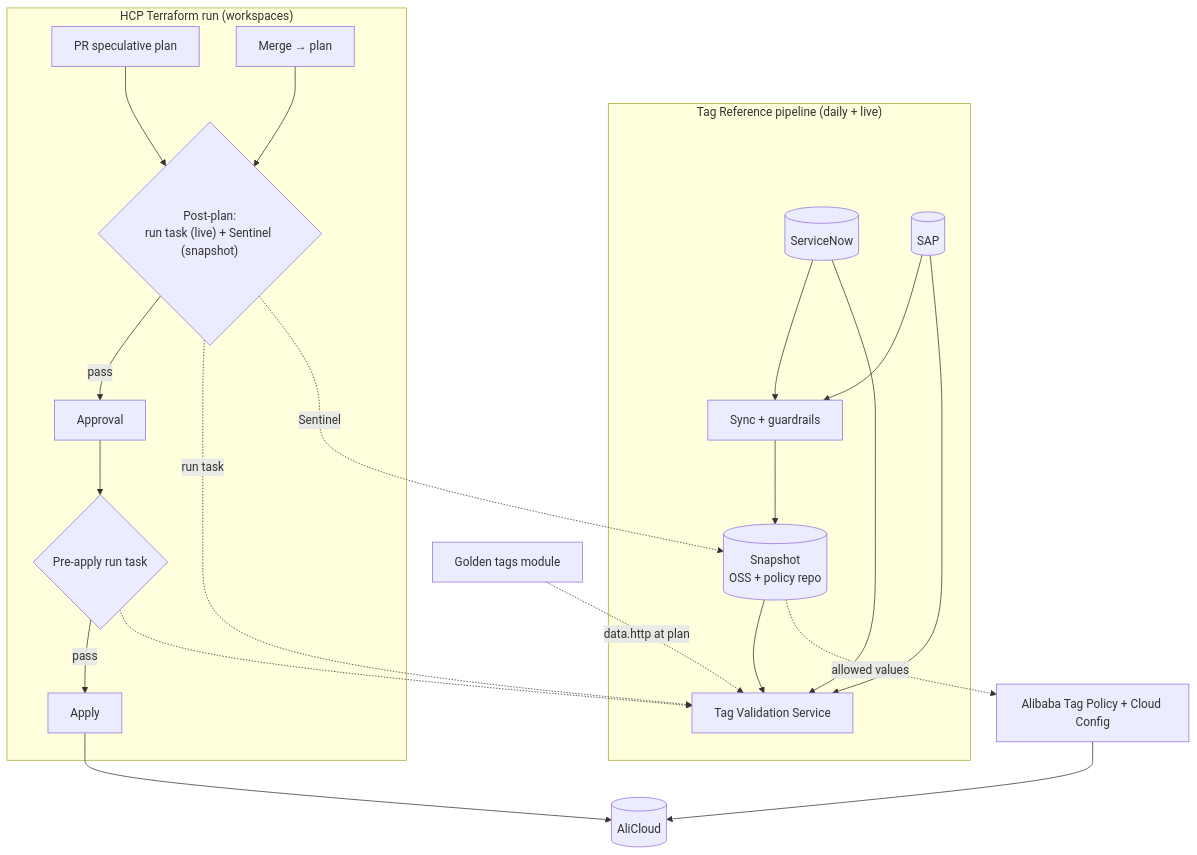
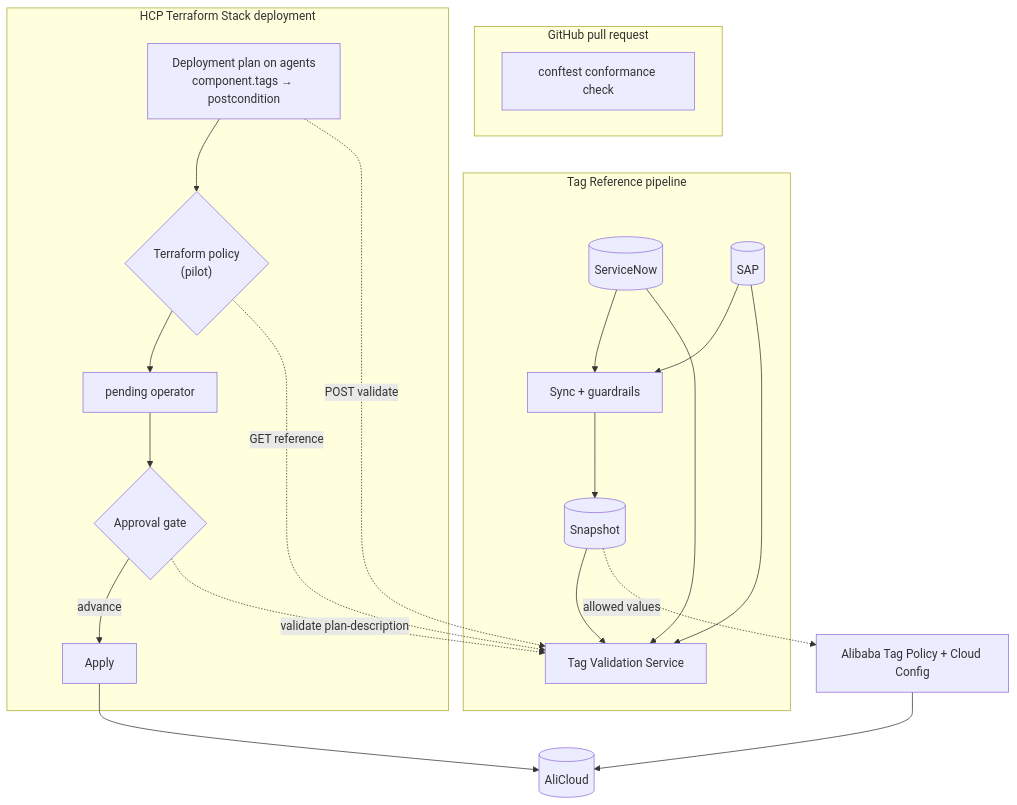
One commit to vinothtestorg/terraform-cloud-policies changed the fourth of 4 diagrams in docs/alicloud-tag-validation-options.md. Above: the diagram before and after it, drawn with Mermaid. The commit also changed other lines of this file and 46 other files, not shown here.

First line of the commit message:
Rework tag validation design for HCP Terraform Stacks

````diff
--- a/docs/alicloud-tag-validation-options.md
+++ b/docs/alicloud-tag-validation-options.md
@@ -279,18 +293,19 @@
 ```mermaid
 flowchart TB
-    subgraph Data["Tag Reference pipeline (daily + live)"]
-        SNOW[(ServiceNow)] & SAP[(SAP)] --> Sync[Sync + guardrails] --> Snap[(Snapshot<br/>OSS + policy repo)]
+    subgraph Data["Tag Reference pipeline"]
+        SNOW[(ServiceNow)] & SAP[(SAP)] --> Sync[Sync + guardrails] --> Snap[(Snapshot)]
         Snap & SNOW & SAP --> TVS[Tag Validation Service]
     end
-    subgraph Pipeline["HCP Terraform run (workspaces)"]
-        PR[PR speculative plan] --> Gate1
-        Merge[Merge → plan] --> Gate1{"Post-plan:<br/>run task (live) + Sentinel (snapshot)"}
-        Gate1 -->|pass| Appr[Approval] --> Gate2{"Pre-apply run task"} -->|pass| Apply[Apply]
+    subgraph PRs["GitHub pull request"]
+        Conf[conftest conformance check]
     end
-    Mod[Golden tags module] -.->|data.http at plan| TVS
-    Gate1 -.->|run task| TVS
-    Gate1 -.->|Sentinel| Snap
-    Gate2 -.-> TVS
+    subgraph Stack["HCP Terraform Stack deployment"]
+        Plan["Deployment plan on agents<br/>component.tags → postcondition"] --> Pol{"Terraform policy<br/>(pilot)"} --> Wait[pending operator]
+        Wait --> Gate{Approval gate} -->|advance| Apply[Apply]
+    end
+    Plan -.->|POST validate| TVS
+    Pol -.->|GET reference| TVS
+    Gate -.->|validate plan-description| TVS
     Apply --> Ali[(AliCloud)]
     Snap -.->|allowed values| TP[Alibaba Tag Policy + Cloud Config] --> Ali
 ```
````
